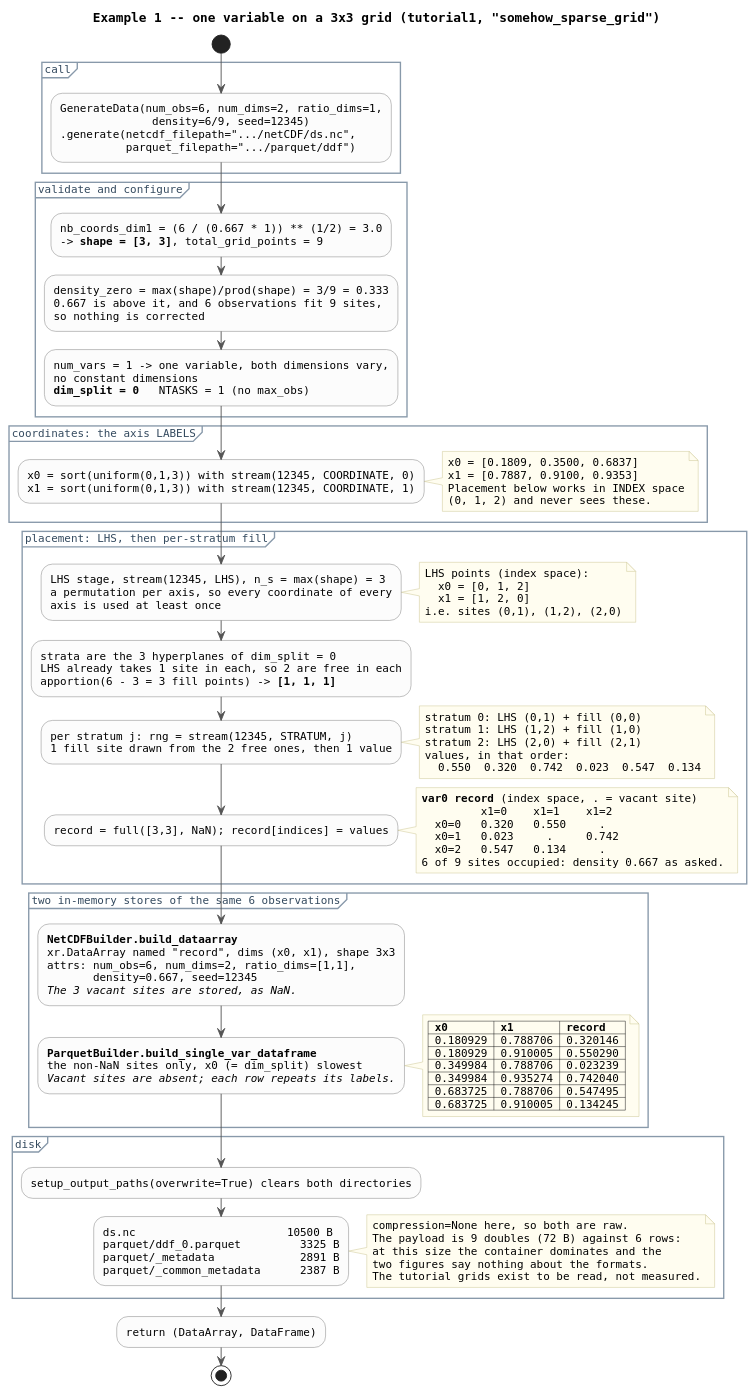
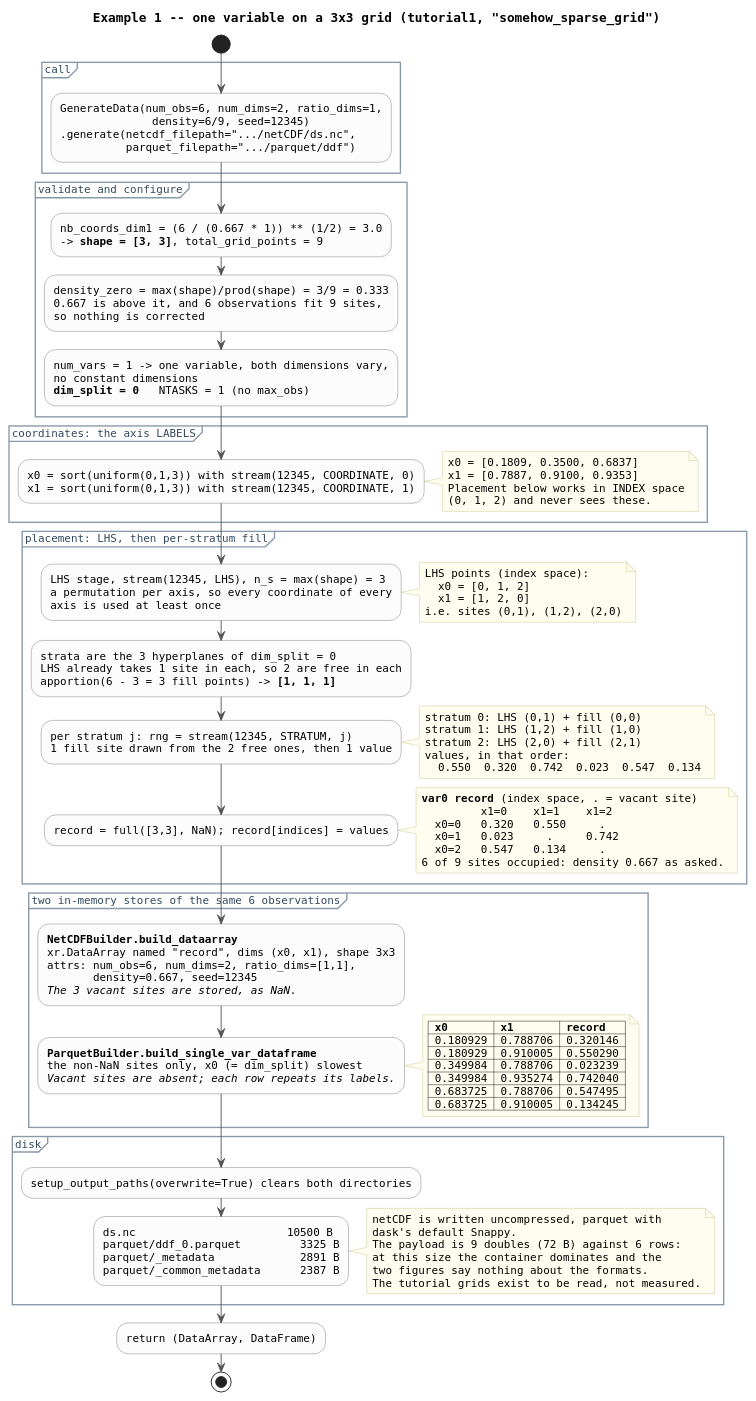
Before and after one commit to boom-lab/tabray: the diagram in docs/dataflow_example_single_var.puml, drawn with PlantUML. The commit also changed 19 other files, not shown here.

Commit message:
update puml diagrams for review

```diff
--- a/docs/dataflow_example_single_var.puml
+++ b/docs/dataflow_example_single_var.puml
@@ -1,132 +1,133 @@
 @startuml dataflow_example_single_var
 ' Worked example: notebooks/tutorial1.ipynb, case "somehow_sparse_grid".
 ' Every number here is from an actual run of that case.
 ' Render: plantuml docs/dataflow_example_single_var.puml
 
 title Example 1 -- one variable on a 3x3 grid (tutorial1, "somehow_sparse_grid")
 
 skinparam shadowing false
 skinparam defaultFontName Monospaced
 skinparam defaultFontSize 12
 skinparam ArrowColor #555555
 skinparam activity {
   BackgroundColor #FCFCFC
   BorderColor #777777
   DiamondBackgroundColor #F2F2F2
 }
 skinparam partition {
   BorderColor #8899AA
   FontColor #33495E
 }
 skinparam note {
   BackgroundColor #FFFDF0
   BorderColor #C8C08A
 }
 
 start
 
 partition "call" {
   :GenerateData(num_obs=6, num_dims=2, ratio_dims=1,
                 density=6/9, seed=12345)
   .generate(netcdf_filepath=".../netCDF/ds.nc",
             parquet_filepath=".../parquet/ddf");
 }
 
 partition "validate and configure" {
   :nb_coords_dim1 = (6 / (0.667 * 1)) ** (1/2) = 3.0
   -> <b>shape = [3, 3]</b>, total_grid_points = 9;
   :density_zero = max(shape)/prod(shape) = 3/9 = 0.333
   0.667 is above it, and 6 observations fit 9 sites,
   so nothing is corrected;
   :num_vars = 1 -> one variable, both dimensions vary,
   no constant dimensions
   <b>dim_split = 0</b>   NTASKS = 1 (no max_obs);
 }
 
 partition "coordinates: the axis LABELS" {
   :x0 = sort(uniform(0,1,3)) with stream(12345, COORDINATE, 0)
   x1 = sort(uniform(0,1,3)) with stream(12345, COORDINATE, 1);
   note right
     x0 = [0.1809, 0.3500, 0.6837]
     x1 = [0.7887, 0.9100, 0.9353]
     Placement below works in INDEX space
     (0, 1, 2) and never sees these.
   end note
 }
 
 partition "placement: LHS, then per-stratum fill" {
   :LHS stage, stream(12345, LHS), n_s = max(shape) = 3
   a permutation per axis, so every coordinate of every
   axis is used at least once;
   note right
     LHS points (index space):
       x0 = [0, 1, 2]
       x1 = [1, 2, 0]
     i.e. sites (0,1), (1,2), (2,0)
   end note
 
   :strata are the 3 hyperplanes of dim_split = 0
   LHS already takes 1 site in each, so 2 are free in each
   apportion(6 - 3 = 3 fill points) -> <b>[1, 1, 1]</b>;
 
   :per stratum j: rng = stream(12345, STRATUM, j)
   1 fill site drawn from the 2 free ones, then 1 value;
   note right
     stratum 0: LHS (0,1) + fill (0,0)
     stratum 1: LHS (1,2) + fill (1,0)
     stratum 2: LHS (2,0) + fill (2,1)
     values, in that order:
       0.550  0.320  0.742  0.023  0.547  0.134
   end note
 
   :record = full([3,3], NaN); record[indices] = values;
   note right
     <b>var0 record</b> (index space, . = vacant site)
              x1=0    x1=1    x1=2
       x0=0   0.320   0.550     .
       x0=1   0.023     .     0.742
       x0=2   0.547   0.134     .
     6 of 9 sites occupied: density 0.667 as asked.
   end note
 }
 
 partition "two in-memory stores of the same 6 observations" {
   :<b>NetCDFBuilder.build_dataarray</b>
   xr.DataArray named "record", dims (x0, x1), shape 3x3
   attrs: num_obs=6, num_dims=2, ratio_dims=[1,1],
          density=0.667, seed=12345
   <i>The 3 vacant sites are stored, as NaN.</i>;
 
   :<b>ParquetBuilder.build_single_var_dataframe</b>
   the non-NaN sites only, x0 (= dim_split) slowest
   <i>Vacant sites are absent; each row repeats its labels.</i>;
   note right
     |= x0 |= x1 |= record |
     | 0.180929 | 0.788706 | 0.320146 |
     | 0.180929 | 0.910005 | 0.550290 |
     | 0.349984 | 0.788706 | 0.023239 |
     | 0.349984 | 0.935274 | 0.742040 |
     | 0.683725 | 0.788706 | 0.547495 |
     | 0.683725 | 0.910005 | 0.134245 |
   end note
 }
 
 partition "disk" {
   :setup_output_paths(overwrite=True) clears both directories;
   :ds.nc                       10500 B
   parquet/ddf_0.parquet         3325 B
   parquet/_metadata             2891 B
   parquet/_common_metadata      2387 B;
   note right
-    compression=None here, so both are raw.
+    netCDF is written uncompressed, parquet with
+    dask's default Snappy.
     The payload is 9 doubles (72 B) against 6 rows:
     at this size the container dominates and the
     two figures say nothing about the formats.
     The tutorial grids exist to be read, not measured.
   end note
 }
 
 :return (DataArray, DataFrame);
 stop
 
 @enduml
```
